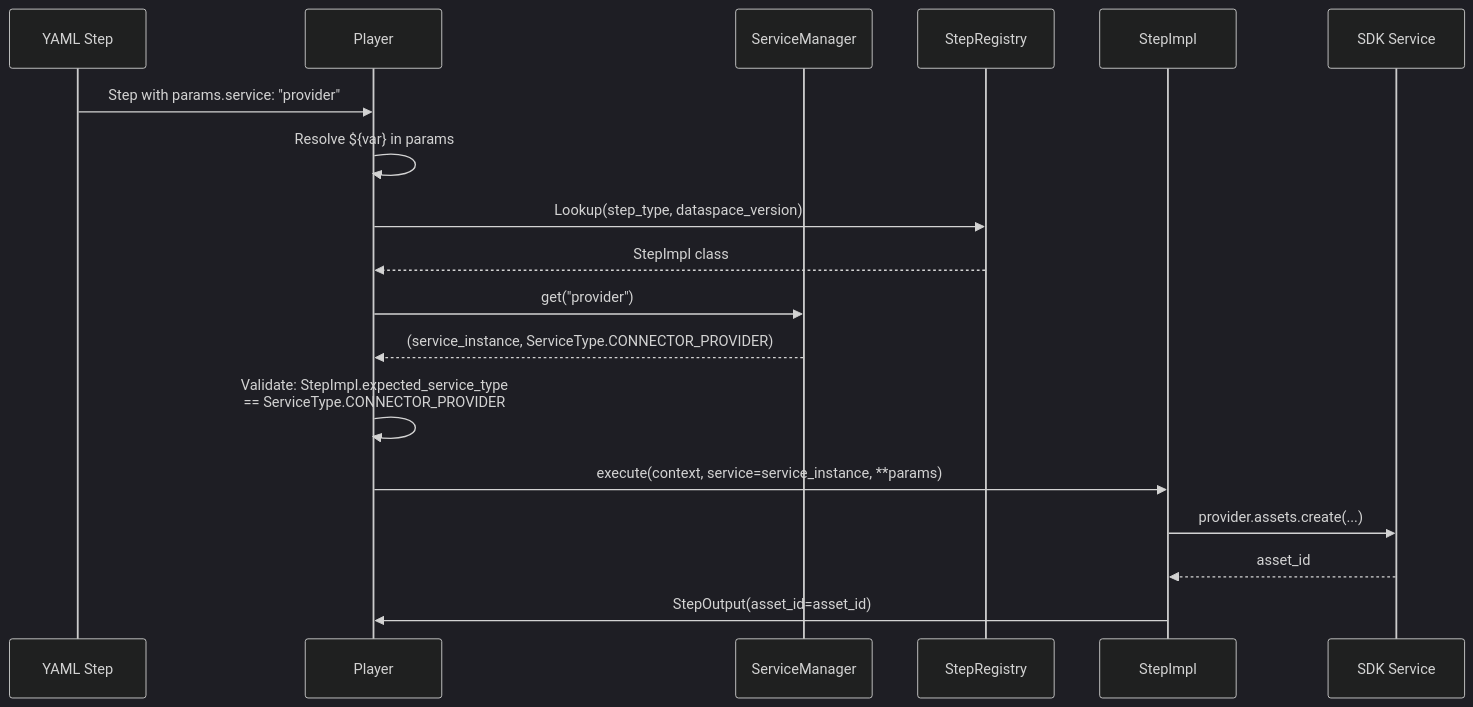
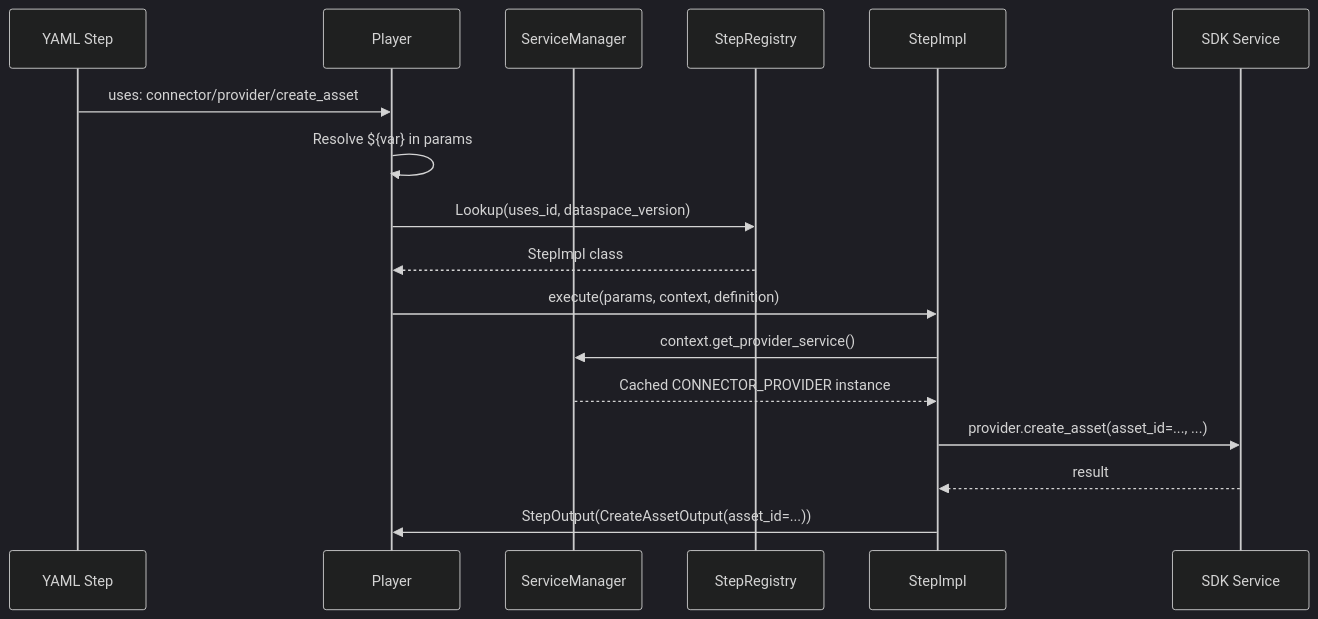
Before and after one commit to eclipse-tractusx/tractusx-testlab: diagram 14 of 15 in docs/specification/specification/concepts.md, drawn with Mermaid (dark theme). The commit also changed other lines of this file and 103 other files, not shown here.

````diff
--- a/docs/specification/specification/concepts.md
+++ b/docs/specification/specification/concepts.md
@@ -581,24 +553,22 @@
 ```mermaid
 sequenceDiagram
     participant Y as YAML Step
     participant P as Player
     participant SM as ServiceManager
     participant R as StepRegistry
     participant S as StepImpl
     participant SVC as SDK Service
 
-    Y->>P: Step with params.service: "provider"
+    Y->>P: uses: connector/provider/create_asset
     P->>P: Resolve ${var} in params
-    P->>R: Lookup(step_type, dataspace_version)
+    P->>R: Lookup(uses_id, dataspace_version)
     R-->>P: StepImpl class
 
-    P->>SM: get("provider")
-    SM-->>P: (service_instance, ServiceType.CONNECTOR_PROVIDER)
+    P->>S: execute(params, context, definition)
+    S->>SM: context.get_provider_service()
+    SM-->>S: Cached CONNECTOR_PROVIDER instance
 
-    P->>P: Validate: StepImpl.expected_service_type<br/>== ServiceType.CONNECTOR_PROVIDER 
-
-    P->>S: execute(context, service=service_instance, **params)
-    S->>SVC: provider.assets.create(...)
-    SVC-->>S: asset_id
-    S->>P: StepOutput(asset_id=asset_id)
+    S->>SVC: provider.create_asset(asset_id=..., ...)
+    SVC-->>S: result
+    S->>P: StepOutput(CreateAssetOutput(asset_id=...))
 ```
````
